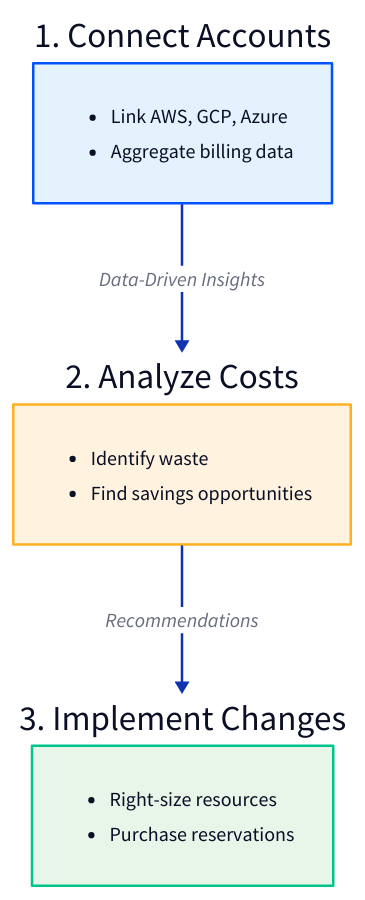
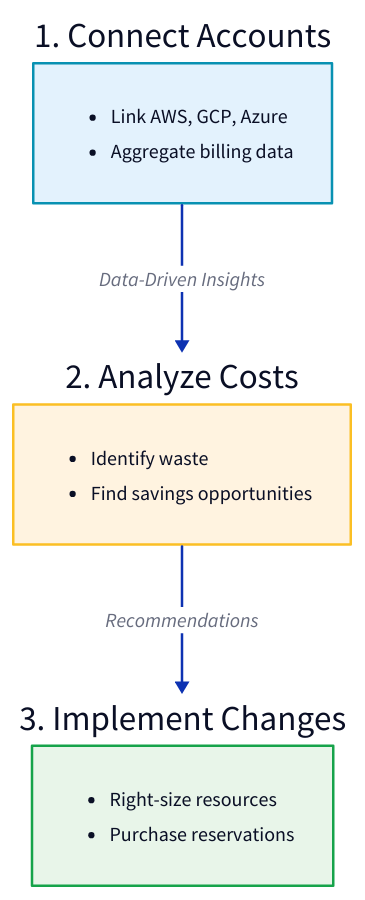
The ninth of 9 diagrams in guides/D2_DIAGRAM_GUIDE.md (muskanbandta23/zopebooks), drawn with D2 before and after one commit. The commit also changed other lines of this file and 53 other files, not shown here.

````diff
--- a/guides/D2_DIAGRAM_GUIDE.md
+++ b/guides/D2_DIAGRAM_GUIDE.md
@@ -402,36 +402,36 @@
 ```d2
 direction: down
 
 step1: 1. Connect Accounts {
   style.fill: "#e3f2fd"
-  style.stroke: "#0052FF"
+  style.stroke: "#0891b2"
 
   tasks: |md
     - Link AWS, GCP, Azure
     - Aggregate billing data
   |
 }
 
 step2: 2. Analyze Costs {
   style.fill: "#fff3e0"
-  style.stroke: "#FFB020"
+  style.stroke: "#fbbf24"
 
   tasks: |md
     - Identify waste
     - Find savings opportunities
   |
 }
 
 step3: 3. Implement Changes {
   style.fill: "#e8f5e9"
-  style.stroke: "#00C48C"
+  style.stroke: "#16a34a"
 
   tasks: |md
     - Right-size resources
     - Purchase reservations
   |
 }
 
 step1 -> step2: Data-Driven Insights
 step2 -> step3: Recommendations
 ```
````
